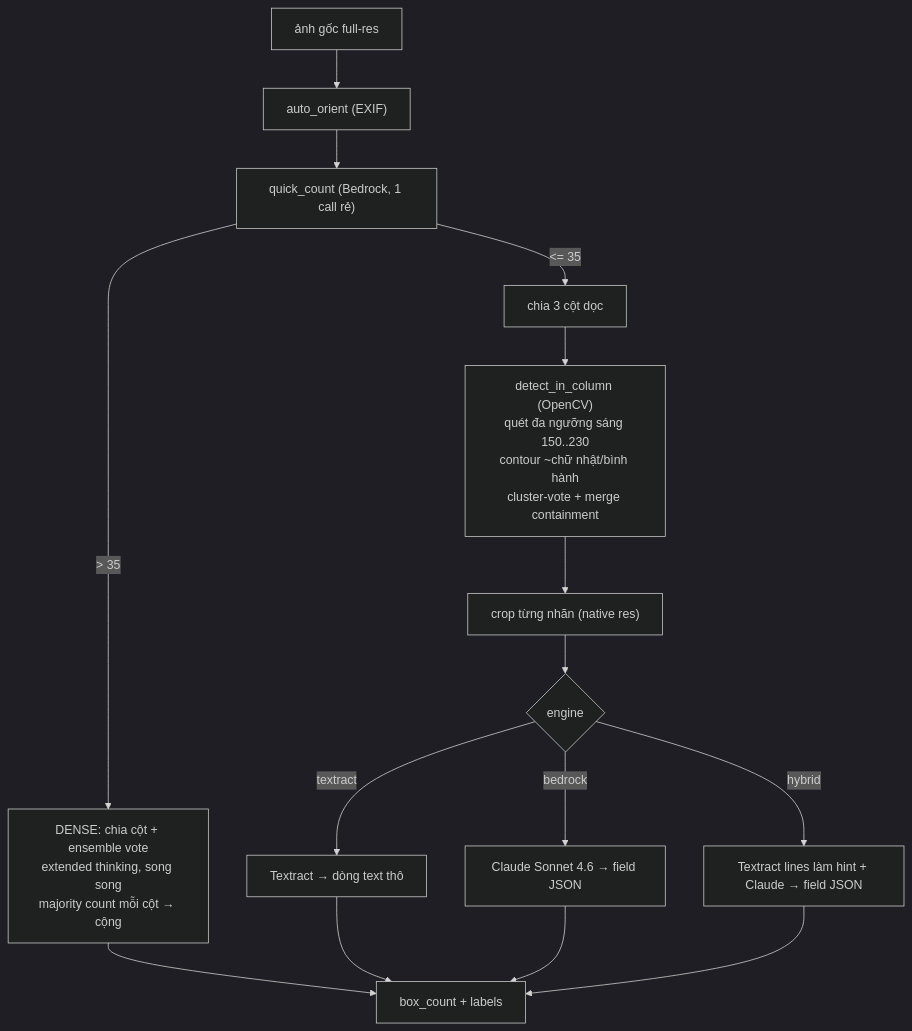
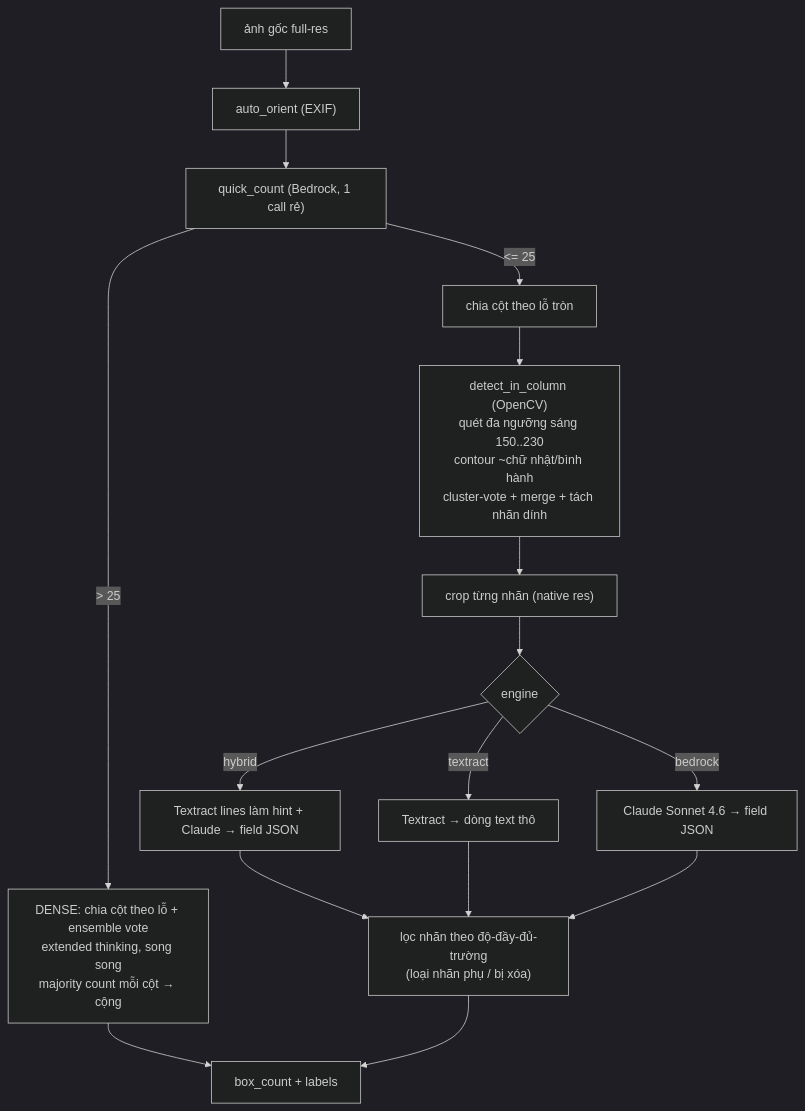
Before and after one commit to PNg-HA/box-label-extractor: the diagram in pyapp/README.md, drawn with Mermaid (dark theme). The commit also changed other lines of this file and 1 other file, not shown here.

Commit message:
Lower router threshold to 25 (favor accuracy) + flexible field-completeness filter: drop OpenCV-detected labels with <min_fields key fields (secondary slip/torn/erased/carton number). z512641 29->27 exact. Add --min-fields/--threshold flags.

````diff
--- a/pyapp/README.md
+++ b/pyapp/README.md
@@ -17,17 +32,18 @@
 ```mermaid
 flowchart TD
     A["ảnh gốc full-res"] --> O["auto_orient (EXIF)"]
     O --> Q["quick_count (Bedrock, 1 call rẻ)"]
-    Q -->|<= 35| C["chia 3 cột dọc"]
-    Q -->|> 35| DEN["DENSE: chia cột + ensemble vote<br/>extended thinking, song song<br/>majority count mỗi cột → cộng"]
-    C --> D["detect_in_column (OpenCV)<br/>quét đa ngưỡng sáng 150..230<br/>contour ~chữ nhật/bình hành<br/>cluster-vote + merge containment"]
+    Q -->|<= 25| C["chia cột theo lỗ tròn"]
+    Q -->|> 25| DEN["DENSE: chia cột theo lỗ + ensemble vote<br/>extended thinking, song song<br/>majority count mỗi cột → cộng"]
+    C --> D["detect_in_column (OpenCV)<br/>quét đa ngưỡng sáng 150..230<br/>contour ~chữ nhật/bình hành<br/>cluster-vote + merge + tách nhãn dính"]
     D --> E["crop từng nhãn (native res)"]
     E --> F{engine}
     F -->|textract| G["Textract → dòng text thô"]
     F -->|bedrock| H["Claude Sonnet 4.6 → field JSON"]
     F -->|hybrid| I["Textract lines làm hint + Claude → field JSON"]
+    I --> FILT["lọc nhãn theo độ-đầy-đủ-trường<br/>(loại nhãn phụ / bị xóa)"]
+    G --> FILT
+    H --> FILT
     DEN --> Z["box_count + labels"]
-    G --> Z
-    H --> Z
-    I --> Z
+    FILT --> Z
 ```
````
